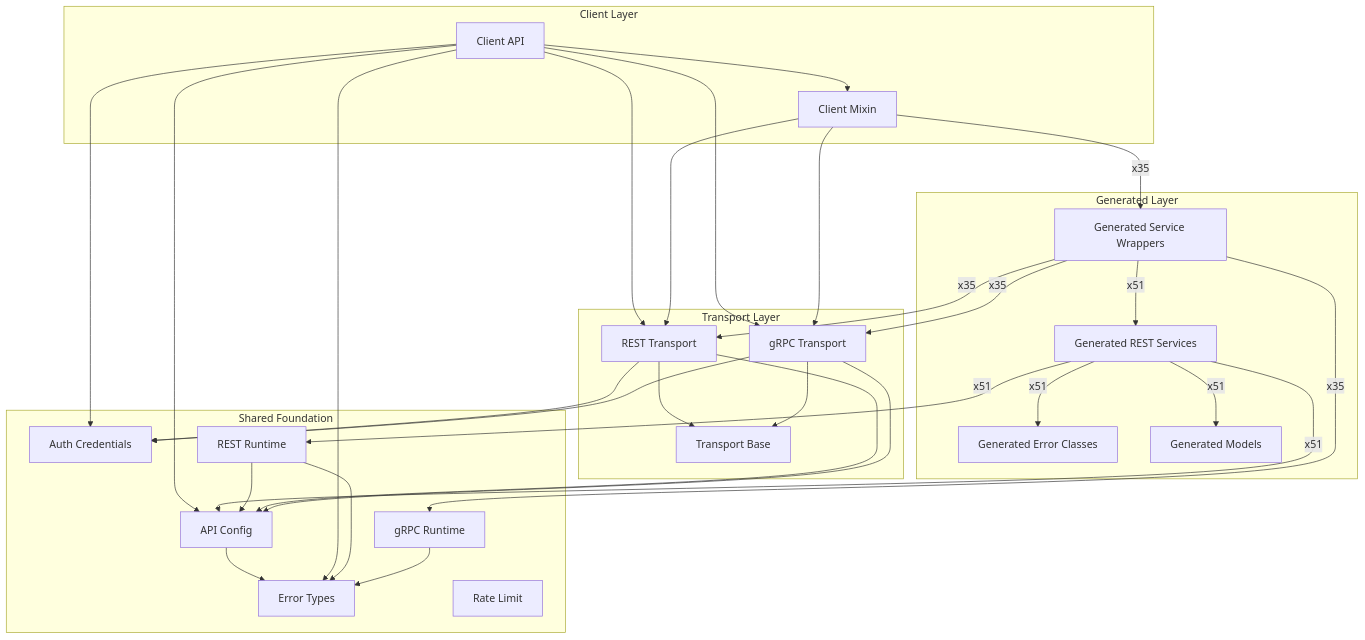
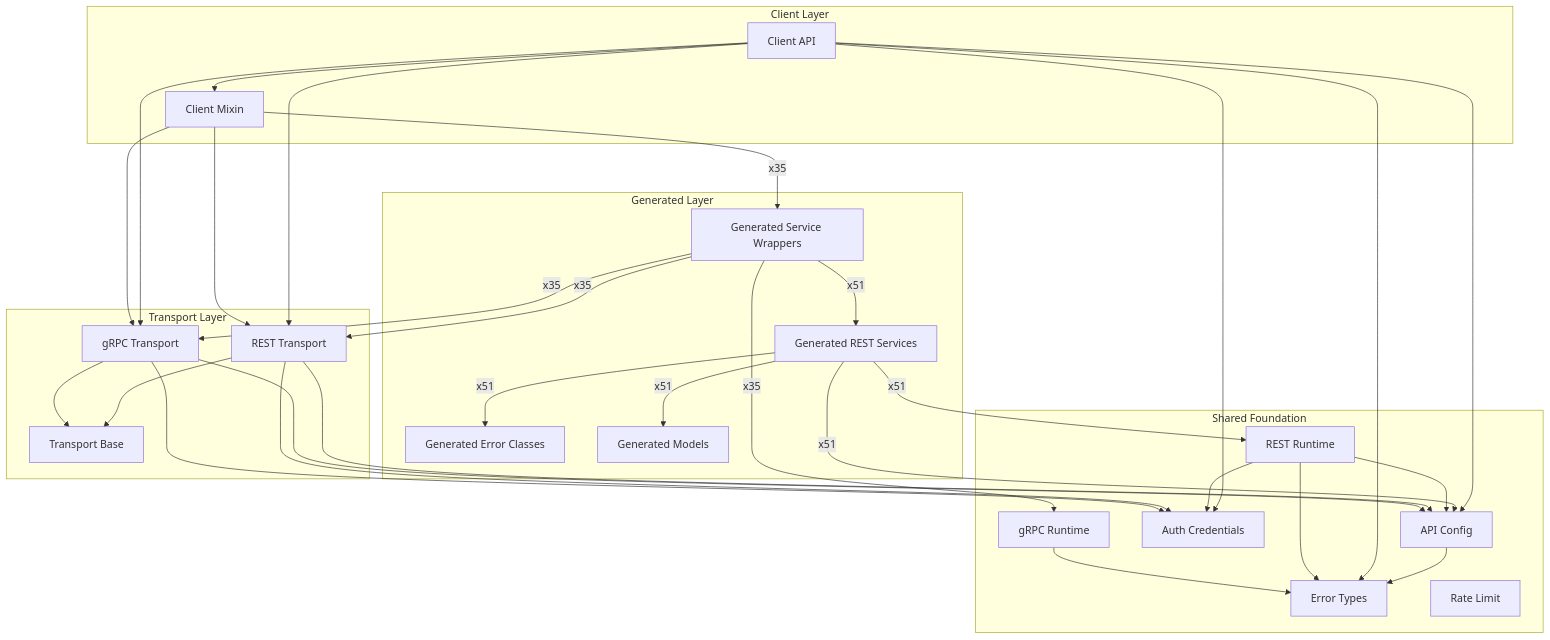
The diagram in docs/sphinx/sdk_runtime_architecture.md (alexdearaujo/community_sdk_python), drawn with Mermaid before and after one commit. The commit also changed 9 other files, not shown here.

````diff
--- a/docs/sphinx/sdk_runtime_architecture.md
+++ b/docs/sphinx/sdk_runtime_architecture.md
@@ -22,54 +22,55 @@
 ```mermaid
 flowchart TB
     subgraph client["Client Layer"]
         Client_API["Client API"]
         Client_Mixin["Client Mixin"]
     end
     subgraph generated["Generated Layer"]
         Generated_Error_Classes["Generated Error Classes"]
         Generated_Models["Generated Models"]
         Generated_REST_Services["Generated REST Services"]
         Generated_Service_Wrappers["Generated Service Wrappers"]
     end
     subgraph transport["Transport Layer"]
         REST_Transport["REST Transport"]
         Transport_Base["Transport Base"]
         gRPC_Transport["gRPC Transport"]
     end
     subgraph foundation["Shared Foundation"]
         API_Config["API Config"]
         Auth_Credentials["Auth Credentials"]
         Error_Types["Error Types"]
         REST_Runtime["REST Runtime"]
         Rate_Limit["Rate Limit"]
         gRPC_Runtime["gRPC Runtime"]
     end
 
     API_Config --> Error_Types
     Client_API --> API_Config
     Client_API --> Auth_Credentials
     Client_API --> Client_Mixin
     Client_API --> Error_Types
     Client_API --> REST_Transport
     Client_API --> gRPC_Transport
     Client_Mixin -->|"x35"| Generated_Service_Wrappers
     Client_Mixin --> REST_Transport
     Client_Mixin --> gRPC_Transport
     Generated_REST_Services -->|"x51"| API_Config
     Generated_REST_Services -->|"x51"| Generated_Error_Classes
     Generated_REST_Services -->|"x51"| Generated_Models
     Generated_REST_Services -->|"x51"| REST_Runtime
     Generated_Service_Wrappers -->|"x51"| Generated_REST_Services
     Generated_Service_Wrappers -->|"x35"| REST_Transport
     Generated_Service_Wrappers -->|"x35"| gRPC_Runtime
     Generated_Service_Wrappers -->|"x35"| gRPC_Transport
     REST_Runtime --> API_Config
+    REST_Runtime --> Auth_Credentials
     REST_Runtime --> Error_Types
     REST_Transport --> API_Config
     REST_Transport --> Auth_Credentials
     REST_Transport --> Transport_Base
     gRPC_Runtime --> Error_Types
     gRPC_Transport --> API_Config
     gRPC_Transport --> Auth_Credentials
     gRPC_Transport --> Transport_Base
 ```
````
